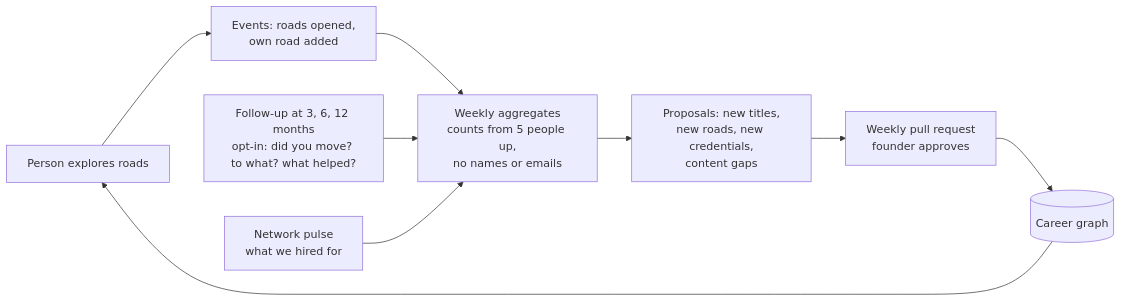
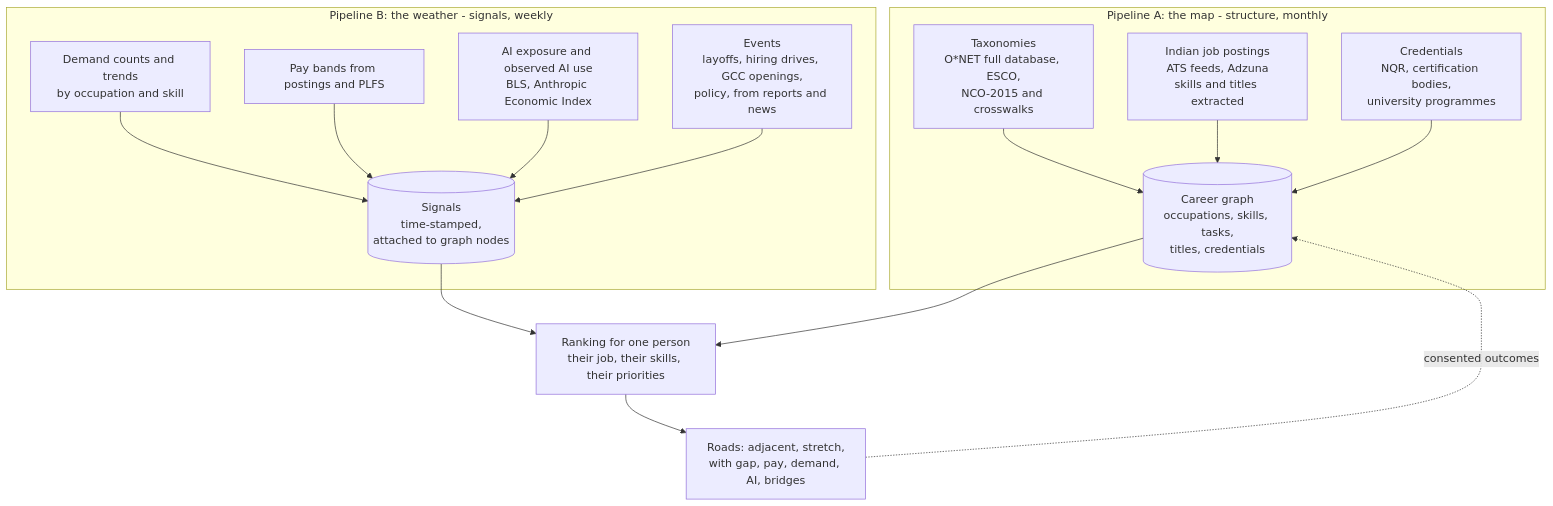
The diagram in docs/CAREER_GRAPH.md (AnoopkumarNair/MargWise), drawn with Mermaid before and after one commit. The commit also changed other lines of this file and 2 other files, not shown here.

First line of the commit message:
Adult-first: career graph is the core, two pipelines

````diff
--- a/docs/CAREER_GRAPH.md
+++ b/docs/CAREER_GRAPH.md
@@ -81,11 +18,18 @@
 ```mermaid
-flowchart LR
-  U[Person explores roads] --> E[Events: roads opened,<br/>own road added]
-  E --> AG[Weekly aggregates<br/>counts from 5 people up,<br/>no names or emails]
-  F[Follow-up at 3, 6, 12 months<br/>opt-in: did you move? to what? what helped?] --> AG
-  N[Network pulse<br/>what we hired for] --> AG
-  AG --> Q[Proposals: new titles,<br/>new roads, new credentials,<br/>content gaps]
-  Q --> PR[Weekly pull request<br/>founder approves]
-  PR --> G[(Career graph)]
-  G --> U
+flowchart TB
+  subgraph A[Pipeline A: the map - structure, monthly]
+    A1[Taxonomies<br/>O*NET full database, ESCO,<br/>NCO-2015 and crosswalks] --> AG[(Career graph<br/>occupations, skills, tasks,<br/>titles, credentials)]
+    A2[Indian job postings<br/>ATS feeds, Adzuna<br/>skills and titles extracted] --> AG
+    A3[Credentials<br/>NQR, certification bodies,<br/>university programmes] --> AG
+  end
+  subgraph B[Pipeline B: the weather - signals, weekly]
+    B1[Demand counts and trends<br/>by occupation and skill] --> S[(Signals<br/>time-stamped,<br/>attached to graph nodes)]
+    B2[Pay bands from postings and PLFS] --> S
+    B3[AI exposure and observed AI use<br/>BLS, Anthropic Economic Index] --> S
+    B4[Events<br/>layoffs, hiring drives, GCC openings,<br/>policy, from reports and news] --> S
+  end
+  AG --> R[Ranking for one person<br/>their job, their skills, their priorities]
+  S --> R
+  R --> U[Roads: adjacent, stretch,<br/>with gap, pay, demand, AI, bridges]
+  U -. consented outcomes .-> AG
 ```
````
